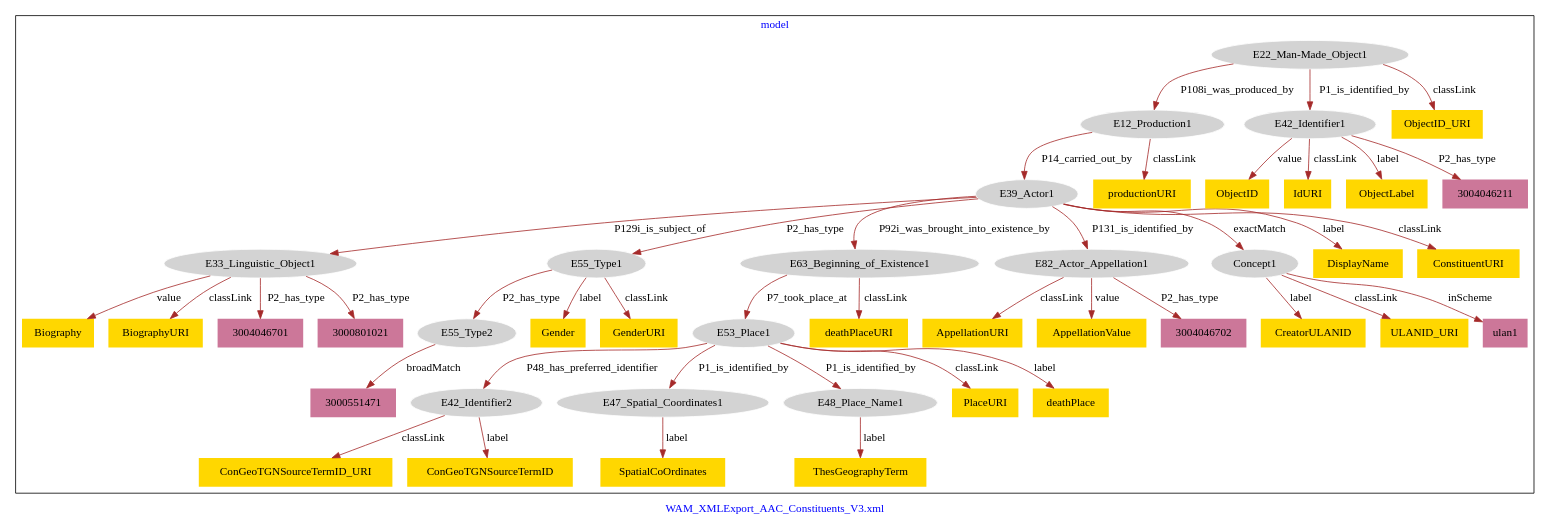
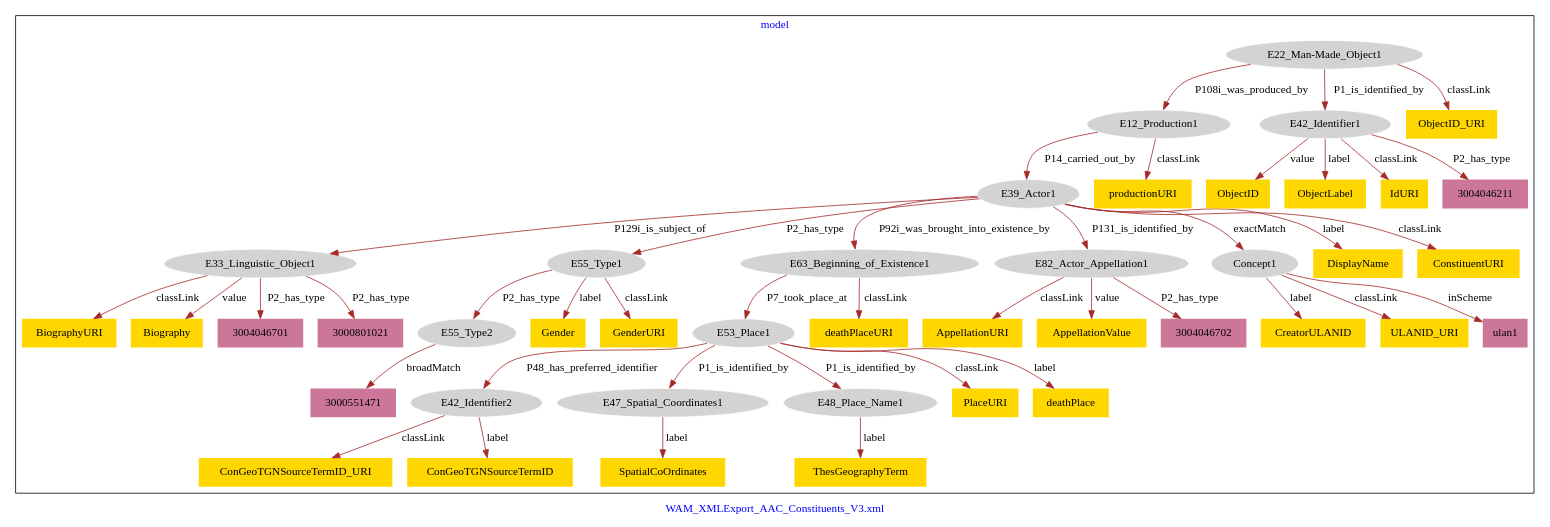
The diagram in WAM_AAC_Constituents/WAM_AAC_Constituents_V3_PlaceOfDeath-model.dot (american-art/wam), drawn with Graphviz before and after one commit.

Commit message:
Update file WAM_AAC_Constituents_V3_PlaceOfDeath-model.dot

```diff
--- a/WAM_AAC_Constituents/WAM_AAC_Constituents_V3_PlaceOfDeath-model.dot
+++ b/WAM_AAC_Constituents/WAM_AAC_Constituents_V3_PlaceOfDeath-model.dot
@@ -1,91 +1,91 @@
 digraph n0 {
 fontcolor="blue"
 remincross="true"
 label="WAM_XMLExport_AAC_Constituents_V3.xml"
 subgraph cluster {
 label="model"
 n2[style="filled",color="white",fillcolor="lightgray",label="E12_Production1"];
 n3[style="filled",color="white",fillcolor="lightgray",label="E39_Actor1"];
 n4[style="filled",color="white",fillcolor="lightgray",label="E22_Man-Made_Object1"];
 n5[style="filled",color="white",fillcolor="lightgray",label="E42_Identifier1"];
 n6[style="filled",color="white",fillcolor="lightgray",label="E33_Linguistic_Object1"];
 n7[style="filled",color="white",fillcolor="lightgray",label="E55_Type1"];
 n8[style="filled",color="white",fillcolor="lightgray",label="E63_Beginning_of_Existence1"];
 n9[style="filled",color="white",fillcolor="lightgray",label="E82_Actor_Appellation1"];
 n10[style="filled",color="white",fillcolor="lightgray",label="Concept1"];
 n11[style="filled",color="white",fillcolor="lightgray",label="E53_Place1"];
 n12[style="filled",color="white",fillcolor="lightgray",label="E42_Identifier2"];
 n13[style="filled",color="white",fillcolor="lightgray",label="E47_Spatial_Coordinates1"];
 n14[style="filled",color="white",fillcolor="lightgray",label="E48_Place_Name1"];
 n15[style="filled",color="white",fillcolor="lightgray",label="E55_Type2"];
 n16[shape="plaintext",style="filled",fillcolor="gold",label="Gender"];
-n17[shape="plaintext",style="filled",fillcolor="gold",label="ObjectID"];
-n18[shape="plaintext",style="filled",fillcolor="gold",label="CreatorULANID"];
-n19[shape="plaintext",style="filled",fillcolor="gold",label="IdURI"];
-n20[shape="plaintext",style="filled",fillcolor="gold",label="ObjectLabel"];
-n21[shape="plaintext",style="filled",fillcolor="gold",label="DisplayName"];
-n22[shape="plaintext",style="filled",fillcolor="gold",label="Biography"];
-n23[shape="plaintext",style="filled",fillcolor="gold",label="deathPlaceURI"];
-n24[shape="plaintext",style="filled",fillcolor="gold",label="ObjectID_URI"];
-n25[shape="plaintext",style="filled",fillcolor="gold",label="BiographyURI"];
-n26[shape="plaintext",style="filled",fillcolor="gold",label="ConGeoTGNSourceTermID_URI"];
-n27[shape="plaintext",style="filled",fillcolor="gold",label="GenderURI"];
-n28[shape="plaintext",style="filled",fillcolor="gold",label="PlaceURI"];
+n17[shape="plaintext",style="filled",fillcolor="gold",label="GenderURI"];
+n18[shape="plaintext",style="filled",fillcolor="gold",label="ObjectID"];
+n19[shape="plaintext",style="filled",fillcolor="gold",label="BiographyURI"];
+n20[shape="plaintext",style="filled",fillcolor="gold",label="deathPlaceURI"];
+n21[shape="plaintext",style="filled",fillcolor="gold",label="CreatorULANID"];
+n22[shape="plaintext",style="filled",fillcolor="gold",label="PlaceURI"];
+n23[shape="plaintext",style="filled",fillcolor="gold",label="productionURI"];
+n24[shape="plaintext",style="filled",fillcolor="gold",label="DisplayName"];
+n25[shape="plaintext",style="filled",fillcolor="gold",label="ConGeoTGNSourceTermID_URI"];
+n26[shape="plaintext",style="filled",fillcolor="gold",label="deathPlace"];
+n27[shape="plaintext",style="filled",fillcolor="gold",label="ULANID_URI"];
+n28[shape="plaintext",style="filled",fillcolor="gold",label="Biography"];
 n29[shape="plaintext",style="filled",fillcolor="gold",label="AppellationURI"];
-n30[shape="plaintext",style="filled",fillcolor="gold",label="deathPlace"];
-n31[shape="plaintext",style="filled",fillcolor="gold",label="AppellationValue"];
-n32[shape="plaintext",style="filled",fillcolor="gold",label="ULANID_URI"];
+n30[shape="plaintext",style="filled",fillcolor="gold",label="ObjectLabel"];
+n31[shape="plaintext",style="filled",fillcolor="gold",label="IdURI"];
+n32[shape="plaintext",style="filled",fillcolor="gold",label="AppellationValue"];
 n33[shape="plaintext",style="filled",fillcolor="gold",label="ThesGeographyTerm"];
 n34[shape="plaintext",style="filled",fillcolor="gold",label="ConGeoTGNSourceTermID"];
 n35[shape="plaintext",style="filled",fillcolor="gold",label="ConstituentURI"];
-n36[shape="plaintext",style="filled",fillcolor="gold",label="productionURI"];
-n37[shape="plaintext",style="filled",fillcolor="gold",label="SpatialCoOrdinates"];
+n36[shape="plaintext",style="filled",fillcolor="gold",label="SpatialCoOrdinates"];
+n37[shape="plaintext",style="filled",fillcolor="gold",label="ObjectID_URI"];
 n38[shape="plaintext",style="filled",fillcolor="#CC7799",label="3004046211"];
 n39[shape="plaintext",style="filled",fillcolor="#CC7799",label="ulan1"];
 n40[shape="plaintext",style="filled",fillcolor="#CC7799",label="3000551471"];
 n41[shape="plaintext",style="filled",fillcolor="#CC7799",label="3004046701"];
 n42[shape="plaintext",style="filled",fillcolor="#CC7799",label="3000801021"];
 n43[shape="plaintext",style="filled",fillcolor="#CC7799",label="3004046702"];
 }
 n2 -> n3[color="brown",fontcolor="black",label="P14_carried_out_by"]
 n4 -> n2[color="brown",fontcolor="black",label="P108i_was_produced_by"]
 n4 -> n5[color="brown",fontcolor="black",label="P1_is_identified_by"]
 n3 -> n6[color="brown",fontcolor="black",label="P129i_is_subject_of"]
 n3 -> n7[color="brown",fontcolor="black",label="P2_has_type"]
 n3 -> n8[color="brown",fontcolor="black",label="P92i_was_brought_into_existence_by"]
 n3 -> n9[color="brown",fontcolor="black",label="P131_is_identified_by"]
 n3 -> n10[color="brown",fontcolor="black",label="exactMatch"]
 n11 -> n12[color="brown",fontcolor="black",label="P48_has_preferred_identifier"]
 n11 -> n13[color="brown",fontcolor="black",label="P1_is_identified_by"]
 n11 -> n14[color="brown",fontcolor="black",label="P1_is_identified_by"]
 n7 -> n15[color="brown",fontcolor="black",label="P2_has_type"]
 n8 -> n11[color="brown",fontcolor="black",label="P7_took_place_at"]
 n7 -> n16[color="brown",fontcolor="black",label="label"]
-n5 -> n17[color="brown",fontcolor="black",label="value"]
-n10 -> n18[color="brown",fontcolor="black",label="label"]
-n5 -> n19[color="brown",fontcolor="black",label="classLink"]
-n5 -> n20[color="brown",fontcolor="black",label="label"]
-n3 -> n21[color="brown",fontcolor="black",label="label"]
-n6 -> n22[color="brown",fontcolor="black",label="value"]
-n8 -> n23[color="brown",fontcolor="black",label="classLink"]
-n4 -> n24[color="brown",fontcolor="black",label="classLink"]
-n6 -> n25[color="brown",fontcolor="black",label="classLink"]
-n12 -> n26[color="brown",fontcolor="black",label="classLink"]
-n7 -> n27[color="brown",fontcolor="black",label="classLink"]
-n11 -> n28[color="brown",fontcolor="black",label="classLink"]
+n7 -> n17[color="brown",fontcolor="black",label="classLink"]
+n5 -> n18[color="brown",fontcolor="black",label="value"]
+n6 -> n19[color="brown",fontcolor="black",label="classLink"]
+n8 -> n20[color="brown",fontcolor="black",label="classLink"]
+n10 -> n21[color="brown",fontcolor="black",label="label"]
+n11 -> n22[color="brown",fontcolor="black",label="classLink"]
+n2 -> n23[color="brown",fontcolor="black",label="classLink"]
+n3 -> n24[color="brown",fontcolor="black",label="label"]
+n12 -> n25[color="brown",fontcolor="black",label="classLink"]
+n11 -> n26[color="brown",fontcolor="black",label="label"]
+n10 -> n27[color="brown",fontcolor="black",label="classLink"]
+n6 -> n28[color="brown",fontcolor="black",label="value"]
 n9 -> n29[color="brown",fontcolor="black",label="classLink"]
-n11 -> n30[color="brown",fontcolor="black",label="label"]
-n9 -> n31[color="brown",fontcolor="black",label="value"]
-n10 -> n32[color="brown",fontcolor="black",label="classLink"]
+n5 -> n30[color="brown",fontcolor="black",label="label"]
+n5 -> n31[color="brown",fontcolor="black",label="classLink"]
+n9 -> n32[color="brown",fontcolor="black",label="value"]
 n14 -> n33[color="brown",fontcolor="black",label="label"]
 n12 -> n34[color="brown",fontcolor="black",label="label"]
 n3 -> n35[color="brown",fontcolor="black",label="classLink"]
-n2 -> n36[color="brown",fontcolor="black",label="classLink"]
-n13 -> n37[color="brown",fontcolor="black",label="label"]
+n13 -> n36[color="brown",fontcolor="black",label="label"]
+n4 -> n37[color="brown",fontcolor="black",label="classLink"]
 n5 -> n38[color="brown",fontcolor="black",label="P2_has_type"]
 n10 -> n39[color="brown",fontcolor="black",label="inScheme"]
 n15 -> n40[color="brown",fontcolor="black",label="broadMatch"]
 n6 -> n41[color="brown",fontcolor="black",label="P2_has_type"]
 n6 -> n42[color="brown",fontcolor="black",label="P2_has_type"]
 n9 -> n43[color="brown",fontcolor="black",label="P2_has_type"]
 }
```
